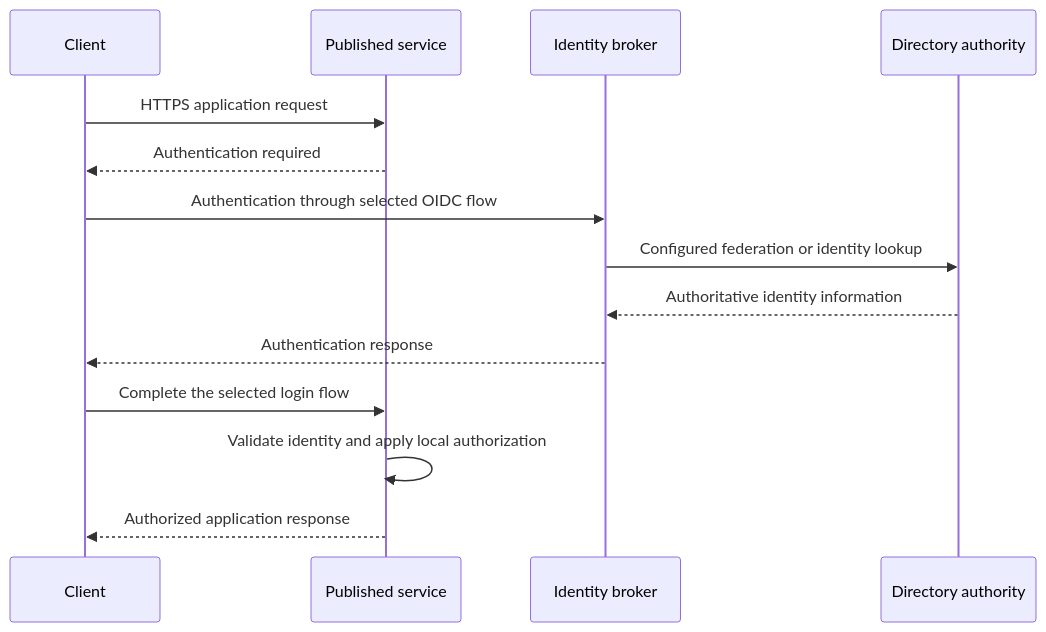
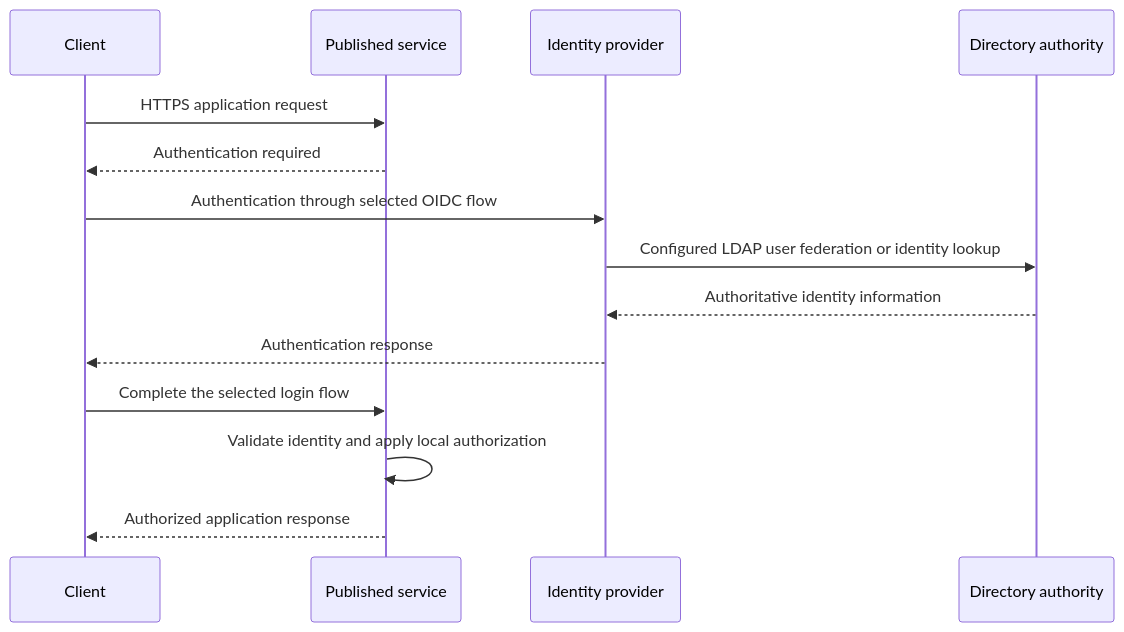
Before and after one commit to Rexus/homelab: the first of 5 diagrams in docs/architecture/runtime-flows.md, drawn with Mermaid. The commit also changed other lines of this file and 11 other files, not shown here.

Commit message:
docs(architecture): map capabilities by tier and layer

````diff
--- a/docs/architecture/runtime-flows.md
+++ b/docs/architecture/runtime-flows.md
@@ -25,16 +25,16 @@
 ```mermaid
 sequenceDiagram
   participant Client as Client
   participant Service as Published service
-  participant Broker as Identity broker
+  participant IdP as Identity provider
   participant Directory as Directory authority
   Client->>Service: HTTPS application request
   Service-->>Client: Authentication required
-  Client->>Broker: Authentication through selected OIDC flow
-  Broker->>Directory: Configured federation or identity lookup
-  Directory-->>Broker: Authoritative identity information
-  Broker-->>Client: Authentication response
+  Client->>IdP: Authentication through selected OIDC flow
+  IdP->>Directory: Configured LDAP user federation or identity lookup
+  Directory-->>IdP: Authoritative identity information
+  IdP-->>Client: Authentication response
   Client->>Service: Complete the selected login flow
   Service->>Service: Validate identity and apply local authorization
   Service-->>Client: Authorized application response
 ```
````
